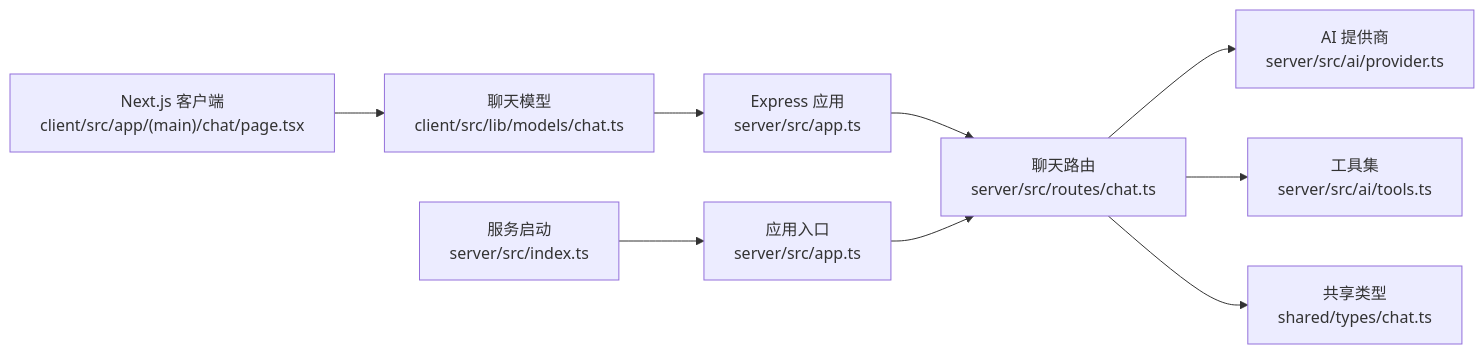
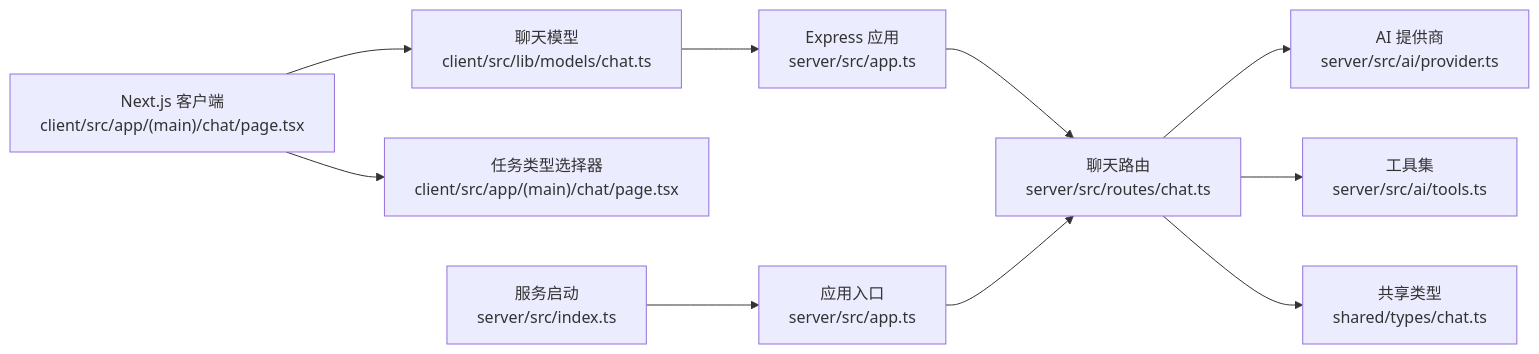
Before and after one commit to aHin0805/FH6CarSettingAgent: the third of 6 diagrams in .qoder/repowiki/zh/content/API参考文档/聊天接口.md, drawn with Mermaid. The commit also changed other lines of this file and 59 other files, not shown here.

````diff
--- a/.qoder/repowiki/zh/content/API参考文档/聊天接口.md
+++ b/.qoder/repowiki/zh/content/API参考文档/聊天接口.md
@@ -276,11 +306,12 @@
 ```mermaid
 graph LR
 Client["Next.js 客户端<br/>client/src/app/(main)/chat/page.tsx"] --> Models["聊天模型<br/>client/src/lib/models/chat.ts"]
+Client --> TaskSelector["任务类型选择器<br/>client/src/app/(main)/chat/page.tsx"]
 Models --> Server["Express 应用<br/>server/src/app.ts"]
 Server --> Chat["聊天路由<br/>server/src/routes/chat.ts"]
 Chat --> Provider["AI 提供商<br/>server/src/ai/provider.ts"]
 Chat --> Tools["工具集<br/>server/src/ai/tools.ts"]
 Chat --> Types["共享类型<br/>shared/types/chat.ts"]
 App["应用入口<br/>server/src/app.ts"] --> Chat
 Index["服务启动<br/>server/src/index.ts"] --> App
 ```
````
